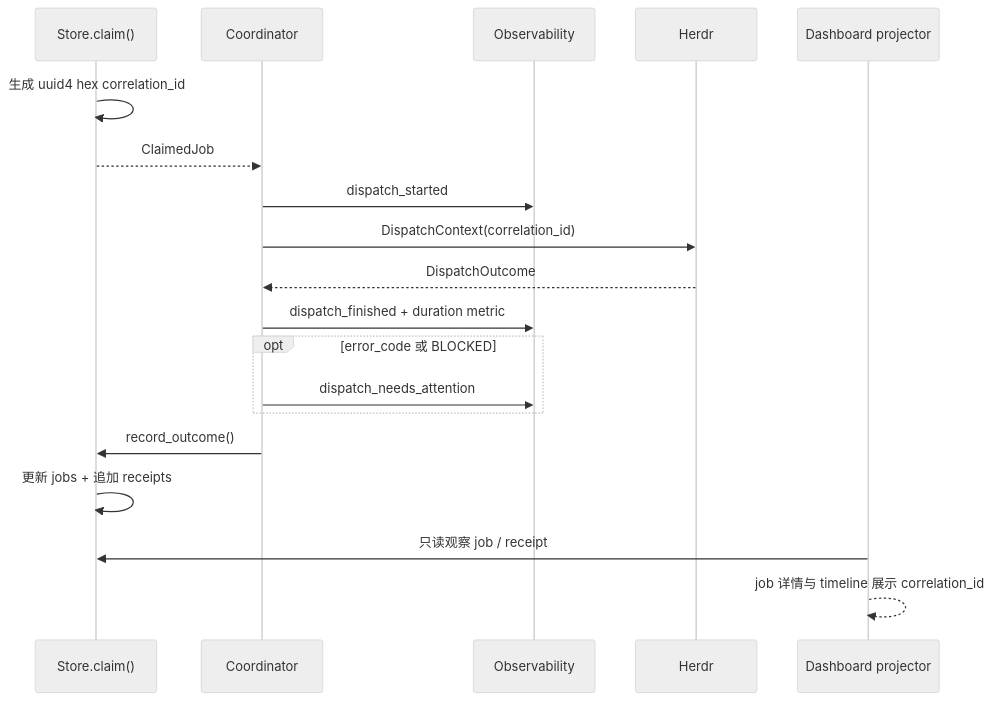
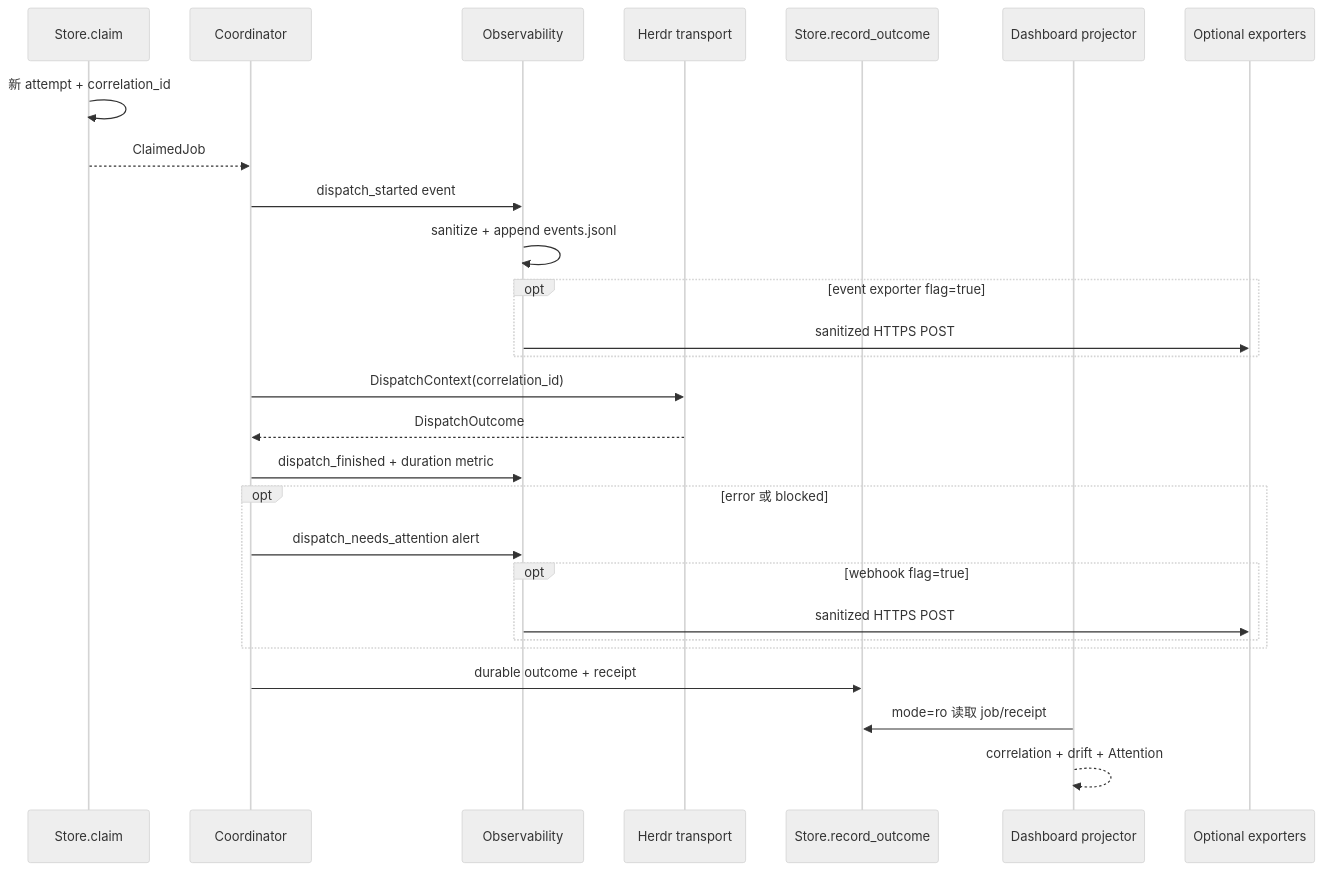
One commit to oldwinter/herdr-orchestrator changed the first of 2 diagrams in droid-wiki/features/observability-and-attention.md. Above: the diagram before and after it, drawn with Mermaid (neutral theme). The commit also changed other lines of this file and 62 other files, not shown here.

````diff
--- a/droid-wiki/features/observability-and-attention.md
+++ b/droid-wiki/features/observability-and-attention.md
@@ -12,22 +112,30 @@
 ```mermaid
 sequenceDiagram
-    participant S as Store.claim()
+    participant S as Store.claim
     participant C as Coordinator
     participant O as Observability
-    participant H as Herdr
+    participant H as Herdr transport
+    participant R as Store.record_outcome
     participant D as Dashboard projector
+    participant X as Optional exporters
 
-    S->>S: 生成 uuid4 hex correlation_id
+    S->>S: 新 attempt + correlation_id
     S-->>C: ClaimedJob
-    C->>O: dispatch_started
+    C->>O: dispatch_started event
+    O->>O: sanitize + append events.jsonl
+    opt event exporter flag=true
+        O->>X: sanitized HTTPS POST
+    end
     C->>H: DispatchContext(correlation_id)
     H-->>C: DispatchOutcome
     C->>O: dispatch_finished + duration metric
-    opt error_code 或 BLOCKED
-        C->>O: dispatch_needs_attention
+    opt error 或 blocked
+        C->>O: dispatch_needs_attention alert
+        opt webhook flag=true
+            O->>X: sanitized HTTPS POST
+        end
     end
-    C->>S: record_outcome()
-    S->>S: 更新 jobs + 追加 receipts
-    D->>S: 只读观察 job / receipt
-    D-->>D: job 详情与 timeline 展示 correlation_id
+    C->>R: durable outcome + receipt
+    D->>R: mode=ro 读取 job/receipt
+    D-->>D: correlation + drift + Attention
 ```
````
